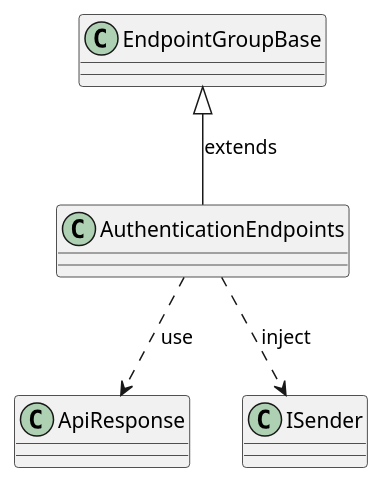
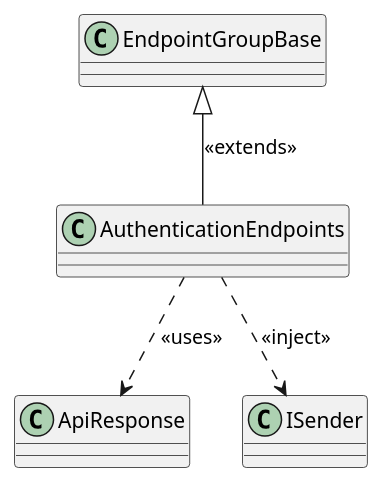
Before and after one commit to thanhkhac/SEP_Diagram: the diagram in authentication/ClassDiagram/zCommon.puml, drawn with PlantUML. The commit also changed 10 other files, not shown here.

Commit message:
Update class diagram relationships and endpoint signatures

```diff
--- a/authentication/ClassDiagram/zCommon.puml
+++ b/authentication/ClassDiagram/zCommon.puml
@@ -1,5 +1,5 @@
 @startuml
-EndpointGroupBase <|-- AuthenticationEndpoints : extends
-AuthenticationEndpoints ..> ApiResponse : use
-AuthenticationEndpoints ..> ISender : inject
+EndpointGroupBase <|-- AuthenticationEndpoints : <<extends>>
+AuthenticationEndpoints ..> ApiResponse : <<uses>>
+AuthenticationEndpoints ..> ISender : <<inject>>
 @enduml
```
